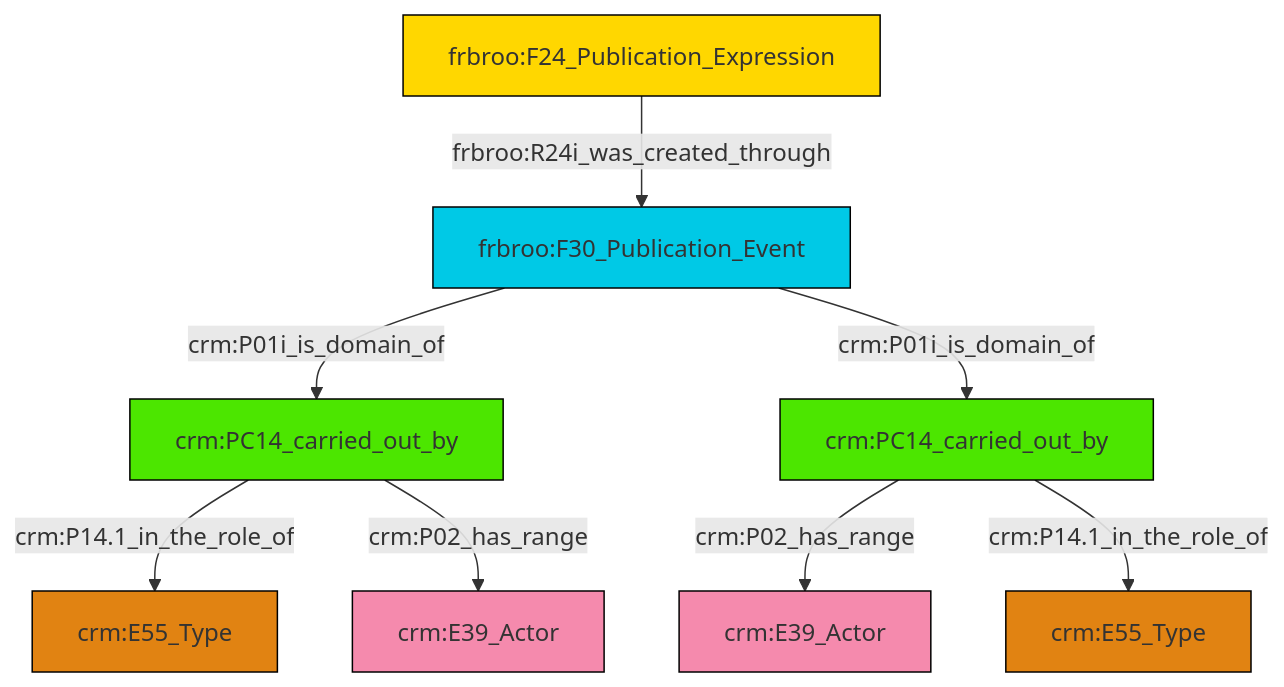
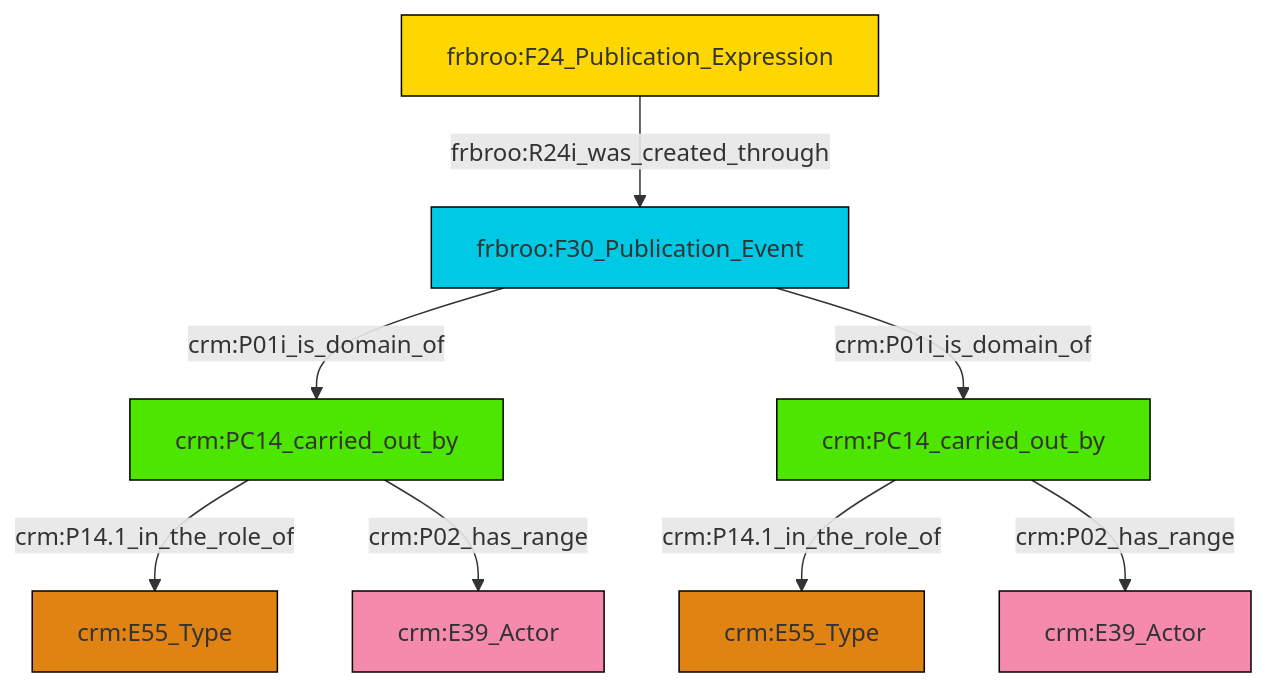
The diagram in et/biblioCSV/ttl/mmd/biblio_actor_relations.ttl.mmd (swiss-art-research-net/docs.swissartresearch), drawn with Mermaid before and after one commit. The commit also changed 178 other files, not shown here.

```diff
--- a/et/biblioCSV/ttl/mmd/biblio_actor_relations.ttl.mmd
+++ b/et/biblioCSV/ttl/mmd/biblio_actor_relations.ttl.mmd
@@ -1,22 +1,22 @@
 graph TD
 classDef Literal fill:#f2f2f2,stroke:#000000;
 classDef CRM_Entity fill:#FFFFFF,stroke:#000000;
 classDef Temporal_Entity fill:#00C9E6, stroke:#000000;
 classDef Type fill:#E18312, stroke:#000000;
 classDef Time-Span fill:#2C9C91, stroke:#000000;
 classDef Appellation fill:#FFEB7F, stroke:#000000;
 classDef Place fill:#008836, stroke:#000000;
 classDef Persistent_Item fill:#B266B2, stroke:#000000;
 classDef Conceptual_Object fill:#FFD700, stroke:#000000;
 classDef Physical_Thing fill:#D2B48C, stroke:#000000;
 classDef Actor fill:#f58aad, stroke:#000000;
 classDef PC_Classes fill:#4ce600, stroke:#000000;
 classDef Multi fill:#cccccc,stroke:#000000;
 
-2["frbroo:F30_Publication_Event"]:::Temporal_Entity -->|crm:P01i_is_domain_of| 3["crm:PC14_carried_out_by"]:::PC_Classes
-2["frbroo:F30_Publication_Event"]:::Temporal_Entity -->|crm:P01i_is_domain_of| 4["crm:PC14_carried_out_by"]:::PC_Classes
-10["frbroo:F24_Publication_Expression"]:::Conceptual_Object -->|frbroo:R24i_was_created_through| 2["frbroo:F30_Publication_Event"]:::Temporal_Entity
-4["crm:PC14_carried_out_by"]:::PC_Classes -->|crm:P02_has_range| 6["crm:E39_Actor"]:::Actor
-3["crm:PC14_carried_out_by"]:::PC_Classes -->|crm:P14.1_in_the_role_of| 13["crm:E55_Type"]:::Type
-3["crm:PC14_carried_out_by"]:::PC_Classes -->|crm:P02_has_range| 8["crm:E39_Actor"]:::Actor
-4["crm:PC14_carried_out_by"]:::PC_Classes -->|crm:P14.1_in_the_role_of| 0["crm:E55_Type"]:::Type
+2["crm:PC14_carried_out_by"]:::PC_Classes -->|crm:P14.1_in_the_role_of| 6["crm:E55_Type"]:::Type
+2["crm:PC14_carried_out_by"]:::PC_Classes -->|crm:P02_has_range| 7["crm:E39_Actor"]:::Actor
+9["frbroo:F30_Publication_Event"]:::Temporal_Entity -->|crm:P01i_is_domain_of| 10["crm:PC14_carried_out_by"]:::PC_Classes
+4["frbroo:F24_Publication_Expression"]:::Conceptual_Object -->|frbroo:R24i_was_created_through| 9["frbroo:F30_Publication_Event"]:::Temporal_Entity
+9["frbroo:F30_Publication_Event"]:::Temporal_Entity -->|crm:P01i_is_domain_of| 2["crm:PC14_carried_out_by"]:::PC_Classes
+10["crm:PC14_carried_out_by"]:::PC_Classes -->|crm:P14.1_in_the_role_of| 0["crm:E55_Type"]:::Type
+10["crm:PC14_carried_out_by"]:::PC_Classes -->|crm:P02_has_range| 14["crm:E39_Actor"]:::Actor
```
